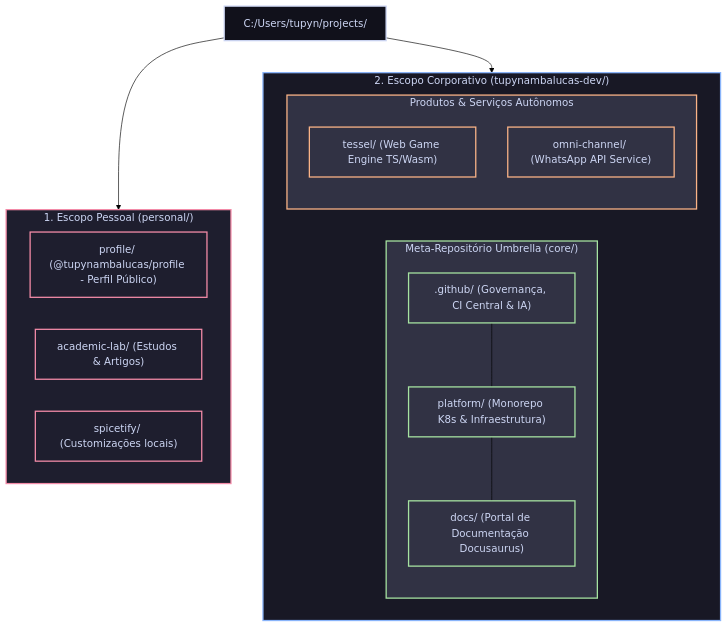
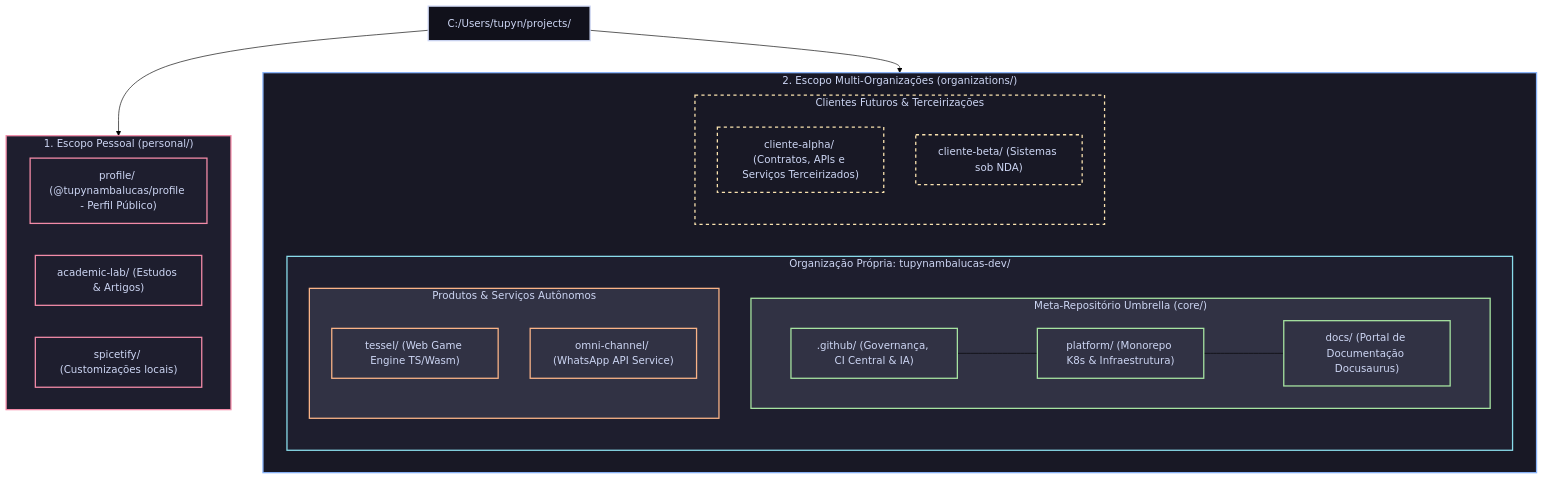
Before and after one commit to tupynambalucas-dev/.github: the diagram in .agents/plans/meta-repository-architecture.md, drawn with Mermaid (forest theme). The commit also changed other lines of this file, not shown here.

Commit message:
docs(plans): adopt multi-tenant organizations directory pattern

````diff
--- a/.agents/plans/meta-repository-architecture.md
+++ b/.agents/plans/meta-repository-architecture.md
@@ -27,41 +29,52 @@
 ```mermaid
 graph TD
   direction TB
 
   Root["C:/Users/tupyn/projects/"]
 
   subgraph PersonalScope ["1. Escopo Pessoal (personal/)"]
     Profile["profile/ (@tupynambalucas/profile - Perfil Público)"]
     AcadLab["academic-lab/ (Estudos & Artigos)"]
     Spicetify["spicetify/ (Customizações locais)"]
   end
 
-  subgraph OrgScope ["2. Escopo Corporativo (tupynambalucas-dev/)"]
-    subgraph CoreUmbrella ["Meta-Repositório Umbrella (core/)"]
-      DotGithub[".github/ (Governança, CI Central & IA)"]
-      Platform["platform/ (Monorepo K8s & Infraestrutura)"]
-      Docs["docs/ (Portal de Documentação Docusaurus)"]
-      DotGithub --- Platform --- Docs
+  subgraph MultiOrgScope ["2. Escopo Multi-Organizações (organizations/)"]
+    subgraph TupynambalucasOrg ["Organização Própria: tupynambalucas-dev/"]
+      subgraph CoreUmbrella ["Meta-Repositório Umbrella (core/)"]
+        DotGithub[".github/ (Governança, CI Central & IA)"]
+        Platform["platform/ (Monorepo K8s & Infraestrutura)"]
+        Docs["docs/ (Portal de Documentação Docusaurus)"]
+        DotGithub --- Platform --- Docs
+      end
+
+      subgraph OrgProducts ["Produtos & Serviços Autônomos"]
+        Tessel["tessel/ (Web Game Engine TS/Wasm)"]
+        Omni["omni-channel/ (WhatsApp API Service)"]
+      end
     end
 
-    subgraph OrgProducts ["Produtos & Serviços Autônomos"]
-      Tessel["tessel/ (Web Game Engine TS/Wasm)"]
-      Omni["omni-channel/ (WhatsApp API Service)"]
+    subgraph FutureClients ["Clientes Futuros & Terceirizações"]
+      ClientA["cliente-alpha/ (Contratos, APIs e Serviços Terceirizados)"]
+      ClientB["cliente-beta/ (Sistemas sob NDA)"]
     end
   end
 
   Root --> PersonalScope
-  Root --> OrgScope
+  Root --> MultiOrgScope
 
   classDef root fill:#11111b,stroke:#cdd6f4,stroke-width:2px,color:#cdd6f4;
   classDef personal fill:#1e1e2e,stroke:#f38ba8,stroke-width:2px,color:#cdd6f4;
-  classDef org fill:#181825,stroke:#89b4fa,stroke-width:2px,color:#cdd6f4;
+  classDef multiorg fill:#181825,stroke:#89b4fa,stroke-width:2px,color:#cdd6f4;
+  classDef tupynambalucas fill:#1e1e2e,stroke:#89dceb,stroke-width:2px,color:#cdd6f4;
   classDef umbrella fill:#313244,stroke:#a6e3a1,stroke-width:2px,color:#cdd6f4;
   classDef prod fill:#313244,stroke:#fab387,stroke-width:2px,color:#cdd6f4;
+  classDef client fill:#181825,stroke:#f9e2af,stroke-width:2px,stroke-dasharray: 5 5,color:#cdd6f4;
 
   class Root root;
   class PersonalScope,Profile,AcadLab,Spicetify personal;
-  class OrgScope org;
+  class MultiOrgScope multiorg;
+  class TupynambalucasOrg tupynambalucas;
   class CoreUmbrella,DotGithub,Platform,Docs umbrella;
   class OrgProducts,Tessel,Omni prod;
+  class FutureClients,ClientA,ClientB client;
 ```
````
